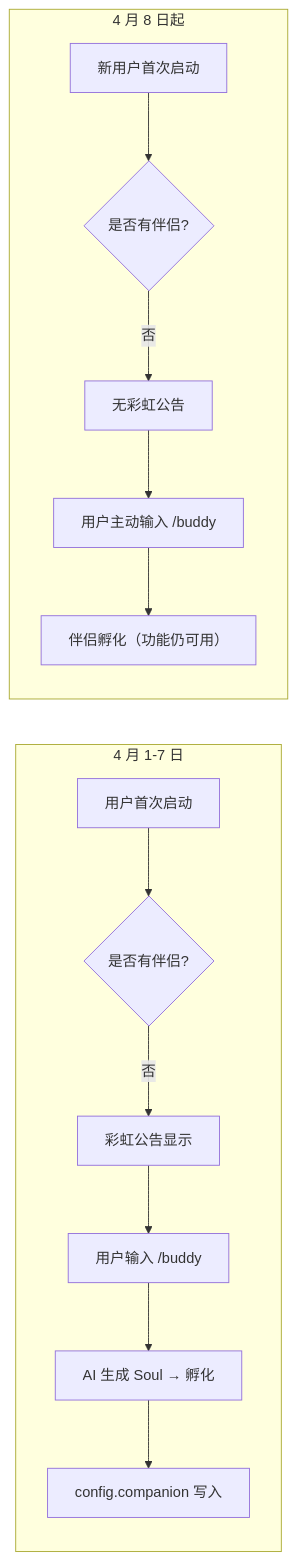
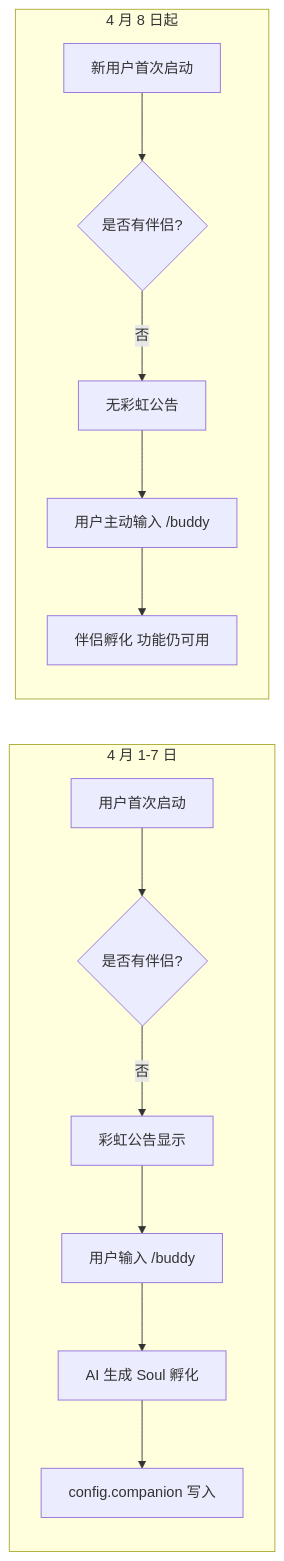
The third of 3 diagrams in .nium-wiki/wiki/buddy/buddy-notifications.md (niuma996/claude-code-sourcemap-wiki), drawn with Mermaid before and after one commit. The commit also changed other lines of this file and 1976 other files, not shown here.

````diff
--- a/.nium-wiki/wiki/buddy/buddy-notifications.md
+++ b/.nium-wiki/wiki/buddy/buddy-notifications.md
@@ -210,17 +210,17 @@
 ```mermaid
 flowchart LR
-    subgraph 发布窗口["4 月 1-7 日"]
-        A["用户首次启动"] --> B{是否有伴侣?}
-        B -->|否| C["彩虹公告显示"]
-        C --> D["用户输入 /buddy"]
-        D --> E["AI 生成 Soul → 孵化"]
-        E --> F["config.companion 写入"]
+    subgraph PublishWin[4 月 1-7 日]
+        A[用户首次启动] --> B{是否有伴侣?}
+        B -->|否| C[彩虹公告显示]
+        C --> D[用户输入 /buddy]
+        D --> E[AI 生成 Soul 孵化]
+        E --> F[config.companion 写入]
     end
 
-    subgraph 公告关闭后["4 月 8 日起"]
-        G["新用户首次启动"] --> H{是否有伴侣?}
-        H -->|否| I["无彩虹公告"]
-        I --> J["用户主动输入 /buddy"]
-        J --> K["伴侣孵化（功能仍可用）"]
+    subgraph AfterAnnounce[4 月 8 日起]
+        G[新用户首次启动] --> H{是否有伴侣?}
+        H -->|否| I[无彩虹公告]
+        I --> J[用户主动输入 /buddy]
+        J --> K[伴侣孵化 功能仍可用]
     end
 ```
````
